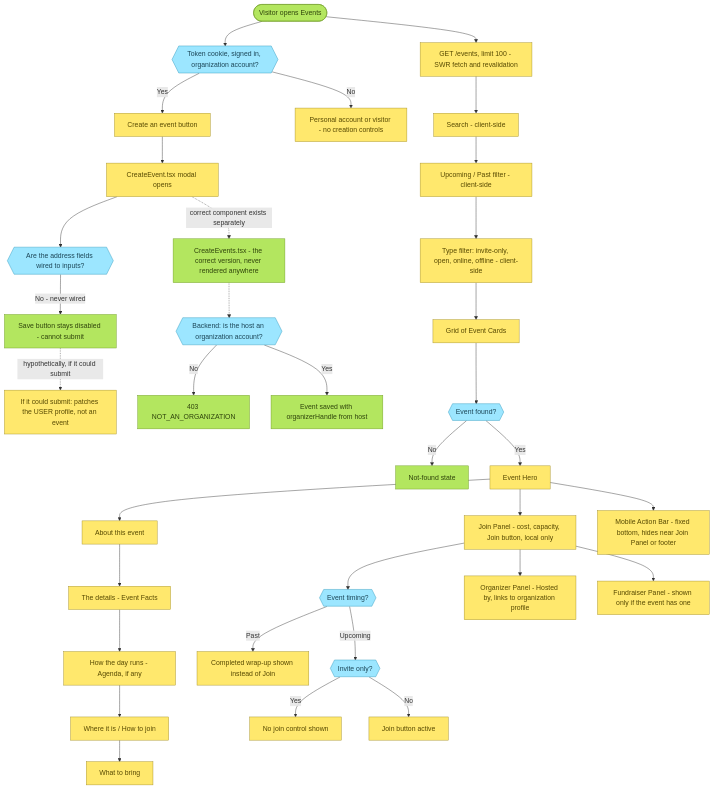
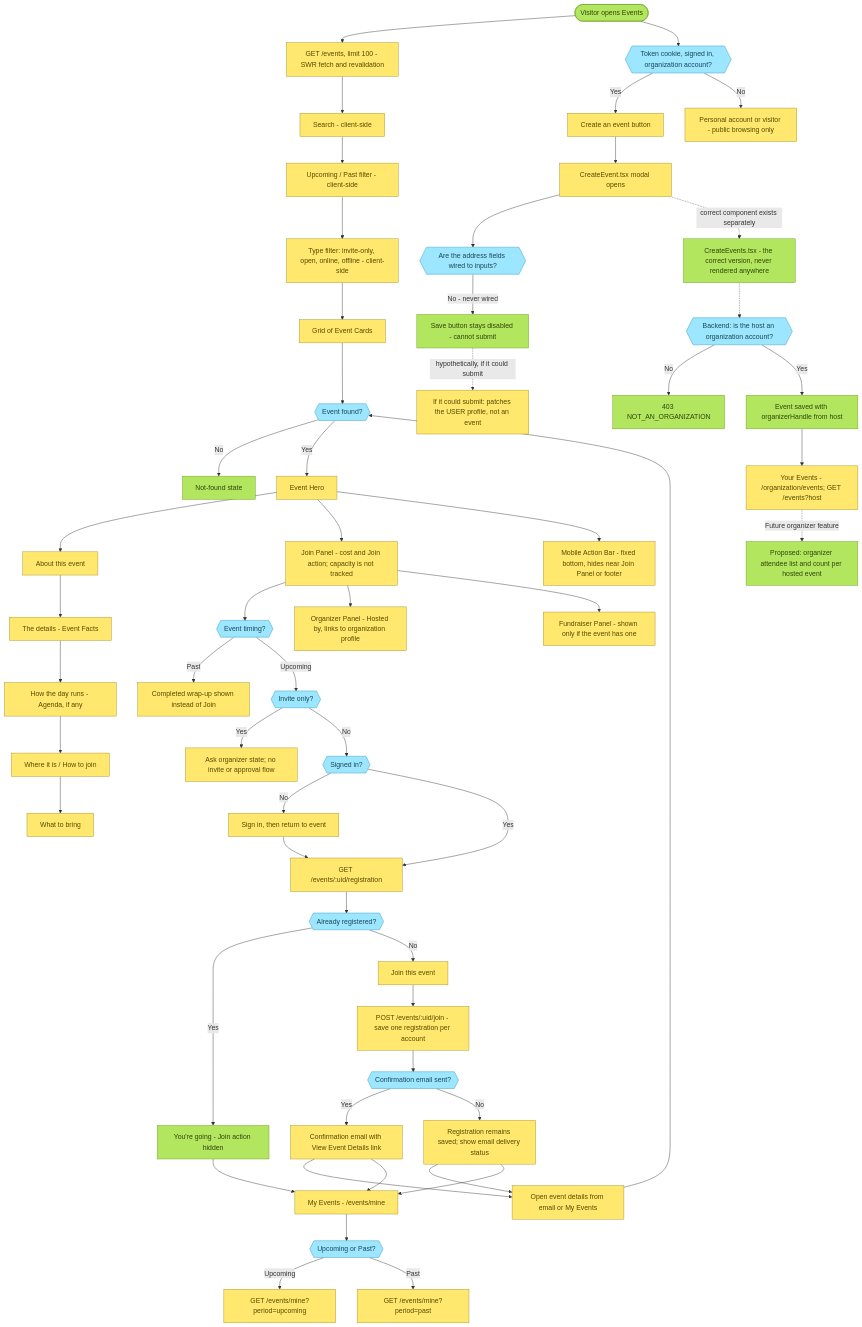
Before and after one commit to karmacircleCommunity/KarmaCircle: the seventh of 7 diagrams in docs/specs/user-flows.md, drawn with Mermaid. The commit also changed other lines of this file and 26 other files, not shown here.

Commit message:
feat(events): add attendee My Events and refine org setup

```diff
--- a/docs/specs/user-flows.md
+++ b/docs/specs/user-flows.md
@@ -396,7 +395,7 @@
     e_type["Type filter: invite-only, open, online, offline - client-side"]:::general
     e_grid["Grid of Event Cards"]:::general
     e_access{{"Token cookie, signed in, organization account?"}}:::decision
-    e_browse["Personal account or visitor - no creation controls"]:::general
+    e_browse["Personal account or visitor - public browsing only"]:::general
     e_create_btn["Create an event button"]:::general
     e_modal["CreateEvent.tsx modal opens"]:::general
     e_wired{{"Are the address fields wired to inputs?"}}:::decision
@@ -414,12 +413,28 @@
     e_agenda["How the day runs - Agenda, if any"]:::general
     e_location["Where it is / How to join"]:::general
     e_bring["What to bring"]:::general
-    e_join["Join Panel - cost, capacity, Join button, local only"]:::general
+    e_join["Join Panel - cost and Join action; capacity is not tracked"]:::general
     e_timing{{"Event timing?"}}:::decision
     e_completed["Completed wrap-up shown instead of Join"]:::general
     e_invite{{"Invite only?"}}:::decision
-    e_nojoin["No join control shown"]:::general
-    e_joinactive["Join button active"]:::general
+    e_nojoin["Ask organizer state; no invite or approval flow"]:::general
+    e_auth{{"Signed in?"}}:::decision
+    e_signin["Sign in, then return to event"]:::general
+    e_status["GET /events/:uid/registration"]:::general
+    e_already{{"Already registered?"}}:::decision
+    e_going["You're going - Join action hidden"]:::terminator
+    e_joinactive["Join this event"]:::general
+    e_post["POST /events/:uid/join - save one registration per account"]:::general
+    e_email{{"Confirmation email sent?"}}:::decision
+    e_email_sent["Confirmation email with View Event Details link"]:::general
+    e_email_failed["Registration remains saved; show email delivery status"]:::general
+    e_my_events["My Events - /events/mine"]:::general
+    e_period{{"Upcoming or Past?"}}:::decision
+    e_upcoming["GET /events/mine?period=upcoming"]:::general
+    e_past["GET /events/mine?period=past"]:::general
+    e_return["Open event details from email or My Events"]:::general
+    e_hosted["Your Events - /organization/events; GET /events?host"]:::general
+    e_organizer_count["Proposed: organizer attendee list and count per hosted event"]:::terminator
     e_organizer["Organizer Panel - Hosted by, links to organization profile"]:::general
     e_fundraiser["Fundraiser Panel - shown only if the event has one"]:::general
     e_mobilebar["Mobile Action Bar - fixed bottom, hides near Join Panel or footer"]:::general
@@ -453,7 +468,28 @@
     e_timing -->|"Past"| e_completed
     e_timing -->|"Upcoming"| e_invite
     e_invite -->|"Yes"| e_nojoin
-    e_invite -->|"No"| e_joinactive
+    e_invite -->|"No"| e_auth
+    e_auth -->|"No"| e_signin
+    e_signin --> e_status
+    e_auth -->|"Yes"| e_status
+    e_status --> e_already
+    e_already -->|"Yes"| e_going
+    e_already -->|"No"| e_joinactive
+    e_joinactive --> e_post
+    e_post --> e_email
+    e_email -->|"Yes"| e_email_sent
+    e_email -->|"No"| e_email_failed
+    e_email_sent --> e_return
+    e_email_failed --> e_return
+    e_return --> e_detail_fetch
+    e_going --> e_my_events
+    e_email_sent --> e_my_events
+    e_email_failed --> e_my_events
+    e_my_events --> e_period
+    e_period -->|"Upcoming"| e_upcoming
+    e_period -->|"Past"| e_past
+    e_saved --> e_hosted
+    e_hosted -.->|"Future organizer feature"| e_organizer_count
     e_join --> e_organizer
     e_join --> e_fundraiser
     e_hero --> e_mobilebar
```
